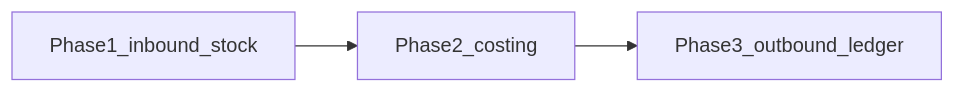
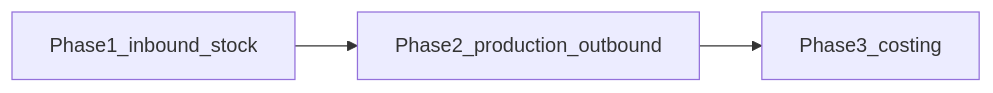
One commit to mofajava/InvoMate changed the diagram in specs/roadmap.md. Above: the diagram before and after it, drawn with Mermaid. The commit also changed other lines of this file and 42 other files, not shown here.

````diff
--- a/specs/roadmap.md
+++ b/specs/roadmap.md
@@ -5,7 +5,7 @@
 ```mermaid
 flowchart LR
   p1[Phase1_inbound_stock]
-  p2[Phase2_costing]
-  p3[Phase3_outbound_ledger]
+  p2[Phase2_production_outbound]
+  p3[Phase3_costing]
   p1 --> p2 --> p3
 ```
````
